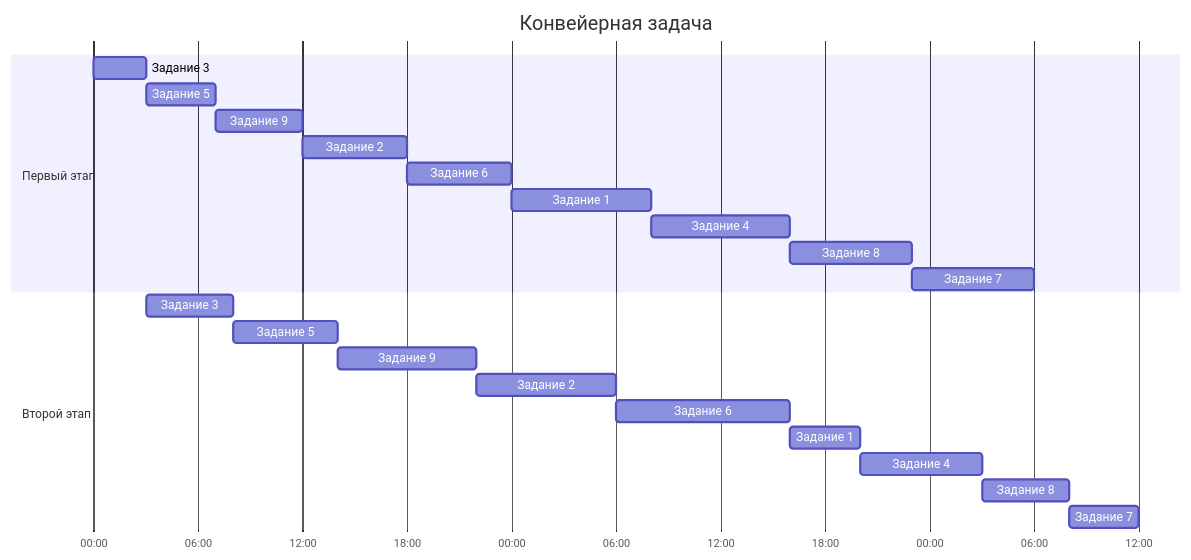
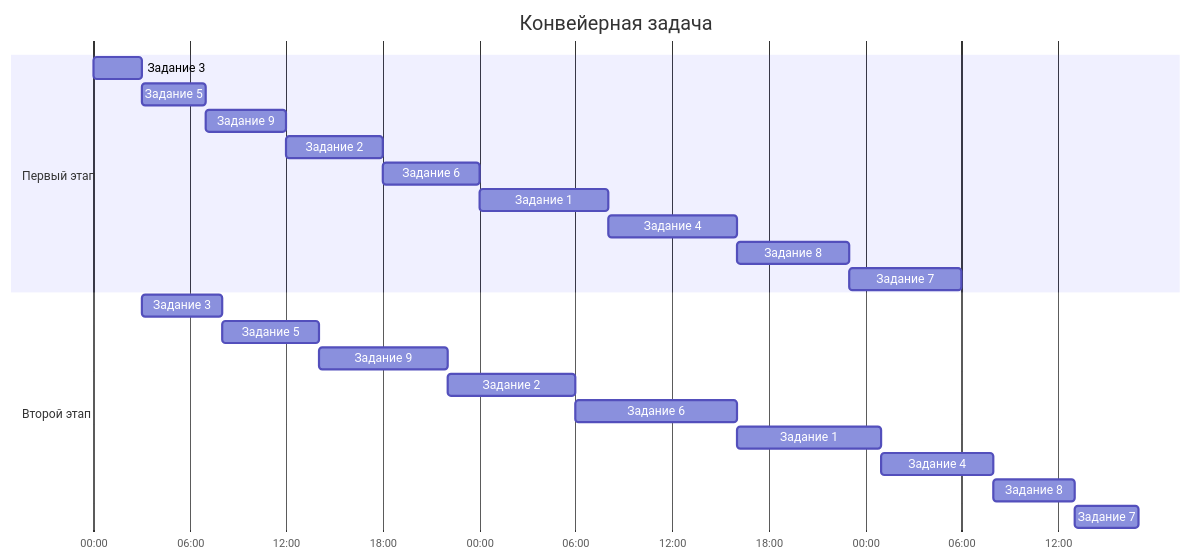
The second of 2 diagrams in task_8/altyn_task_8.md (HSE-algo-23-crow/manual_tasks), drawn with Mermaid before and after one commit. The commit also changed other lines of this file, not shown here.

````diff
--- a/task_8/altyn_task_8.md
+++ b/task_8/altyn_task_8.md
@@ -80,26 +79,26 @@
 ```mermaid
 gantt
 title Конвейерная задача
 dateFormat HH:mm
 axisFormat %H:%M
 section Первый этап
 Задание 3 :a1, 00:00 , 3h
 Задание 5 :a2, after a1, 4h
 Задание 9 :a3, after a2, 5h
 Задание 2 :a4, after a3, 6h
 Задание 6 :a5, after a4, 6h
 Задание 1 :a6, after a5, 8h
 Задание 4 :a7, after a6, 8h
 Задание 8 :a8, after a7, 7h
 Задание 7 :a9, after a8, 7h
 section Второй этап
 Задание 3 :b1, after a1, 5h
 Задание 5 :b2, after b1, 6h
 Задание 9 :b3, after b2, 8h
 Задание 2 :b4, after b3, 8h
 Задание 6 :b5, after b4, 10h
-Задание 1 :b6, after b5, 4h
+Задание 1 :b6, after b5, 9h
 Задание 4 :b7, after b6, 7h
 Задание 8 :b8, after b7, 5h
 Задание 7 :b9, after b8, 4h
 ```
````
